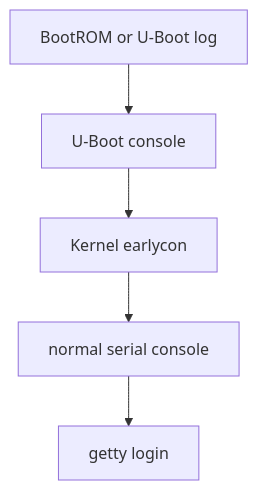
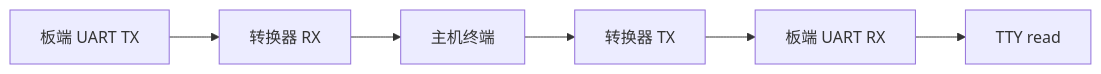
The ninth of 11 diagrams in docs/articles/bsp/bsp-24-uart-tty-console-driver.md (cdragon-ljl/EEandEdgeAI), drawn with Mermaid before and after one commit. The commit also changed other lines of this file and 25 other files, not shown here.

````diff
--- a/docs/articles/bsp/bsp-24-uart-tty-console-driver.md
+++ b/docs/articles/bsp/bsp-24-uart-tty-console-driver.md
@@ -25,7 +400,8 @@
 ```mermaid
-flowchart TD
-    A[BootROM or U-Boot log] --> B[U-Boot console]
-    B --> C[Kernel earlycon]
-    C --> D[normal serial console]
-    D --> E[getty login]
+flowchart LR
+    A[板端 UART TX] --> B[转换器 RX]
+    B --> C[主机终端]
+    C --> D[转换器 TX]
+    D --> E[板端 UART RX]
+    E --> F[TTY read]
 ```
````
